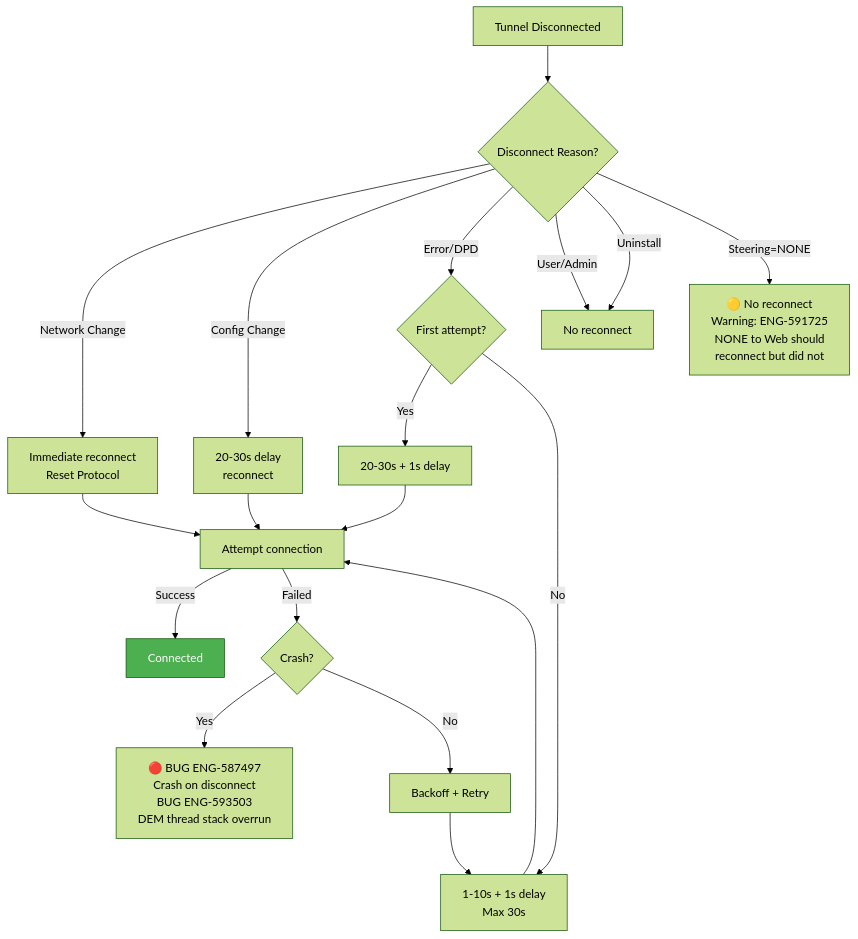
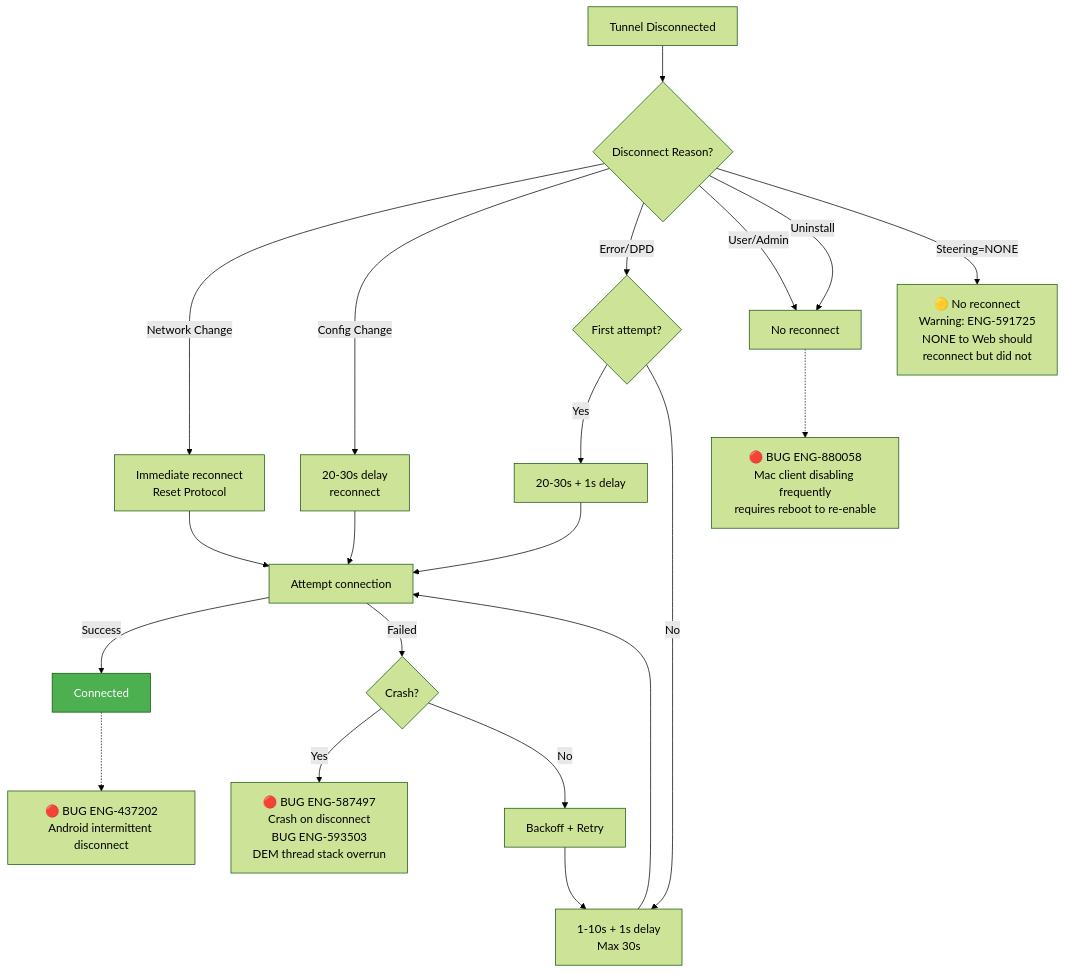
One commit to ns-klin/endpoint_system_test_plan changed the third of 5 diagrams in chapters/07_tunnel_management.md. Above: the diagram before and after it, drawn with Mermaid (forest theme). The commit also changed other lines of this file and 26 other files, not shown here.

First line of the commit message:
Add 87 bugs from Excel enrichment and integrate into mermaid diagrams

````diff
--- a/chapters/07_tunnel_management.md
+++ b/chapters/07_tunnel_management.md
@@ -179,28 +186,31 @@
 ```mermaid
 flowchart TD
     DISCONNECT[Tunnel Disconnected] --> REASON{Disconnect Reason?}
     
     REASON -->|Network Change| IMMEDIATE[Immediate reconnect<br/>Reset Protocol]
     REASON -->|Config Change| DELAY_20[20-30s delay<br/>reconnect]
     REASON -->|Error/DPD| FIRST{First attempt?}
     REASON -->|User/Admin| NO_RECONNECT[No reconnect]
     REASON -->|Uninstall| NO_RECONNECT
     REASON -->|Steering=NONE| NO_RECONNECT_NONE["🟡 No reconnect<br/>Warning: ENG-591725<br/>NONE to Web should<br/>reconnect but did not"]
     
     FIRST -->|Yes| DELAY_FIRST[20-30s + 1s delay]
     FIRST -->|No| DELAY_SUB[1-10s + 1s delay<br/>Max 30s]
     
     IMMEDIATE --> TRY[Attempt connection]
     DELAY_20 --> TRY
     DELAY_FIRST --> TRY
     DELAY_SUB --> TRY
     
     TRY -->|Success| CONNECTED[Connected]
     TRY -->|Failed| BUG_CRASH{Crash?}
     
     BUG_CRASH -->|Yes| BUG_DISCONNECT["🔴 BUG ENG-587497<br/>Crash on disconnect<br/>BUG ENG-593503<br/>DEM thread stack overrun"]
     BUG_CRASH -->|No| BACKOFF[Backoff + Retry]
     BACKOFF --> DELAY_SUB
 
+    CONNECTED -.-> BUG_INTERMITTENT["🔴 BUG ENG-437202<br/>Android intermittent disconnect"]
+    NO_RECONNECT -.-> BUG_DISABLE["🔴 BUG ENG-880058<br/>Mac client disabling frequently<br/>requires reboot to re-enable"]
+
     style CONNECTED fill:#4CAF50,color:#fff
 ```
````
